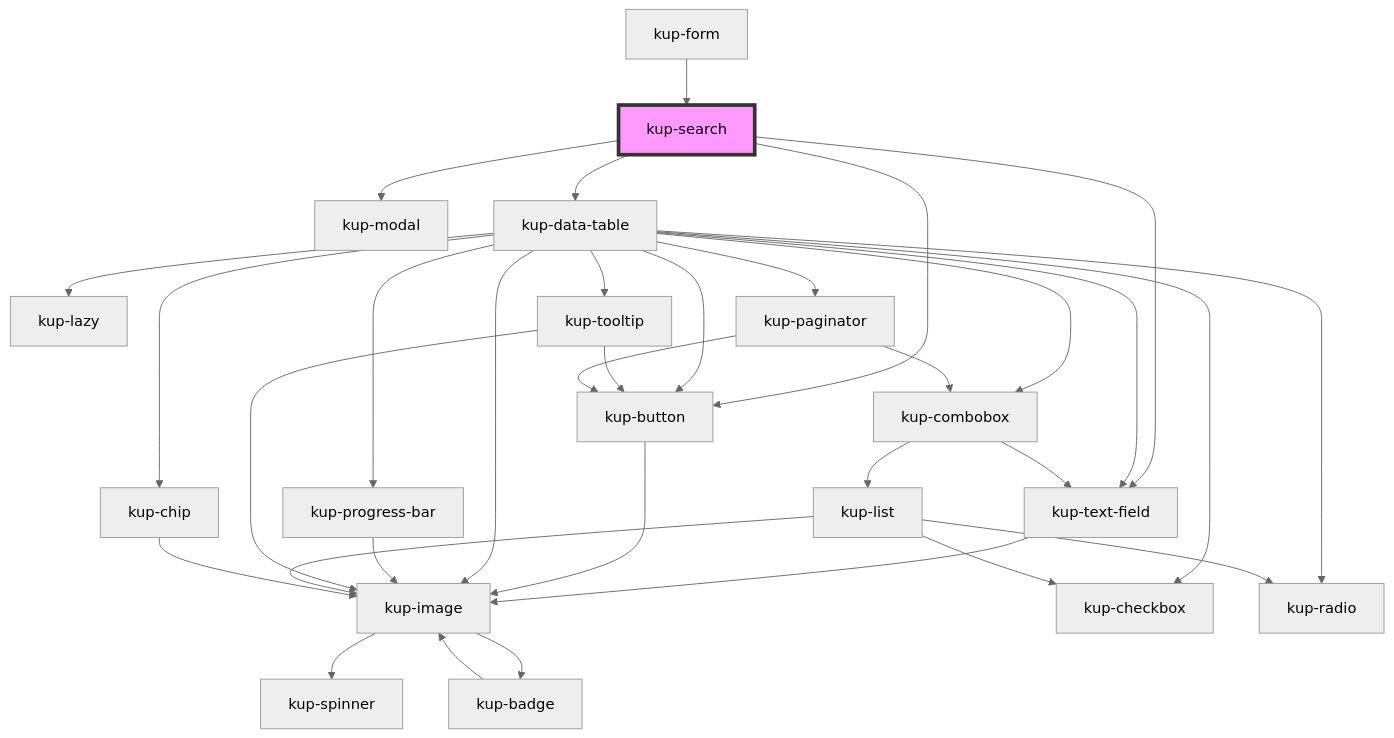
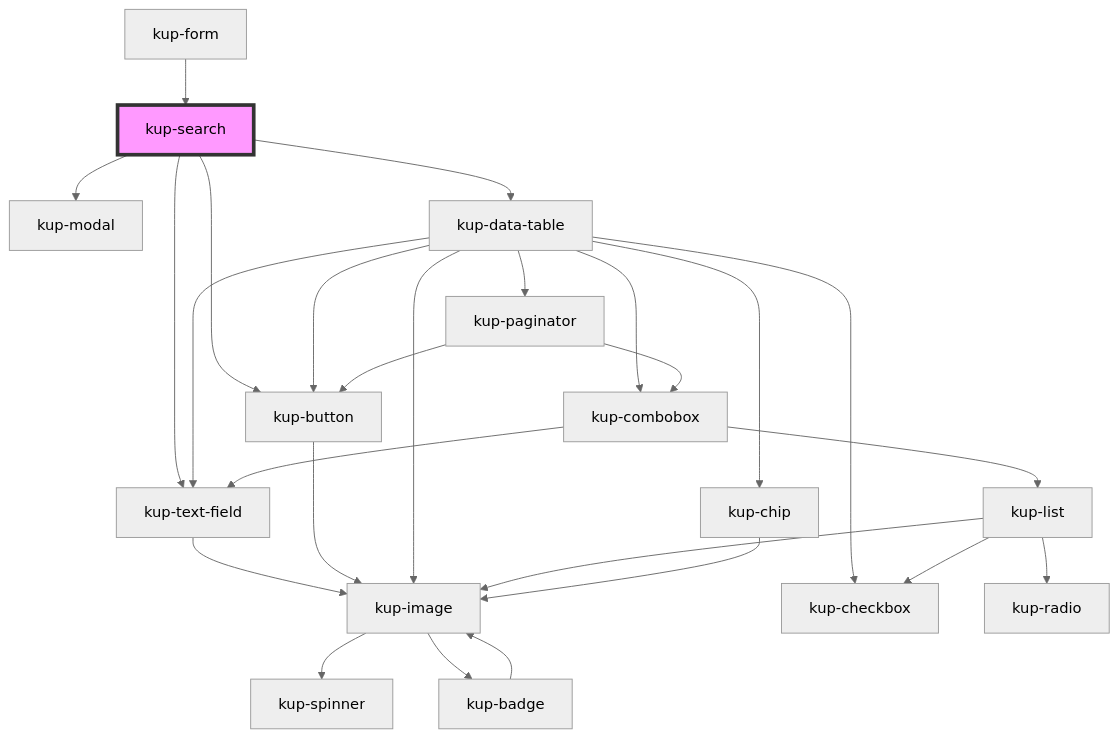
Before and after one commit to smeup/ketchup: the diagram in packages/ketchup/src/components/kup-search/readme.md, drawn with Mermaid (neutral theme). The commit also changed 9 other files, not shown here.

````diff
--- a/packages/ketchup/src/components/kup-search/readme.md
+++ b/packages/ketchup/src/components/kup-search/readme.md
@@ -43,36 +43,29 @@
 ```mermaid
 graph TD;
   kup-search --> kup-text-field
   kup-search --> kup-button
   kup-search --> kup-modal
   kup-search --> kup-data-table
   kup-text-field --> kup-image
   kup-image --> kup-spinner
   kup-image --> kup-badge
   kup-badge --> kup-image
   kup-button --> kup-image
   kup-data-table --> kup-checkbox
   kup-data-table --> kup-button
   kup-data-table --> kup-image
   kup-data-table --> kup-text-field
-  kup-data-table --> kup-lazy
-  kup-data-table --> kup-progress-bar
-  kup-data-table --> kup-radio
-  kup-data-table --> kup-tooltip
   kup-data-table --> kup-paginator
   kup-data-table --> kup-combobox
   kup-data-table --> kup-chip
-  kup-progress-bar --> kup-image
-  kup-tooltip --> kup-button
-  kup-tooltip --> kup-image
   kup-paginator --> kup-button
   kup-paginator --> kup-combobox
   kup-combobox --> kup-text-field
   kup-combobox --> kup-list
   kup-list --> kup-image
   kup-list --> kup-radio
   kup-list --> kup-checkbox
   kup-chip --> kup-image
   kup-form --> kup-search
   style kup-search fill:#f9f,stroke:#333,stroke-width:4px
 ```
````
